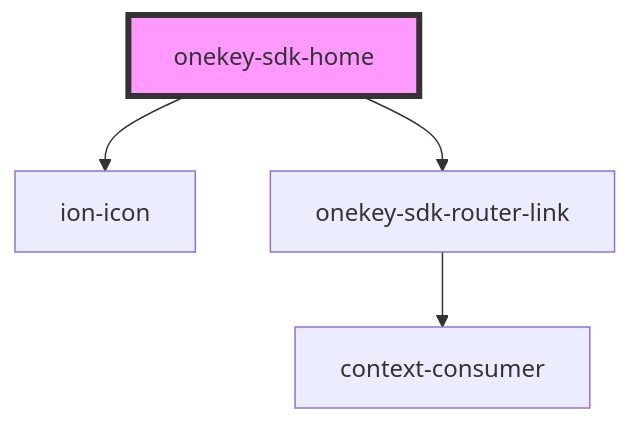
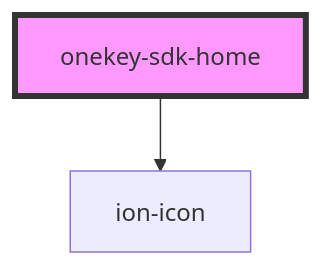
Before and after one commit to hcl-sdk/HealthCareLocatorWebSDK: the diagram in docs/components/screens/onekey-sdk-home/readme.md, drawn with Mermaid. The commit also changed other lines of this file and 181 other files, not shown here.

````diff
--- a/docs/components/screens/onekey-sdk-home/readme.md
+++ b/docs/components/screens/onekey-sdk-home/readme.md
@@ -16,7 +15,5 @@
 ```mermaid
 graph TD;
   onekey-sdk-home --> ion-icon
-  onekey-sdk-home --> onekey-sdk-router-link
-  onekey-sdk-router-link --> context-consumer
   style onekey-sdk-home fill:#f9f,stroke:#333,stroke-width:4px
 ```
````
